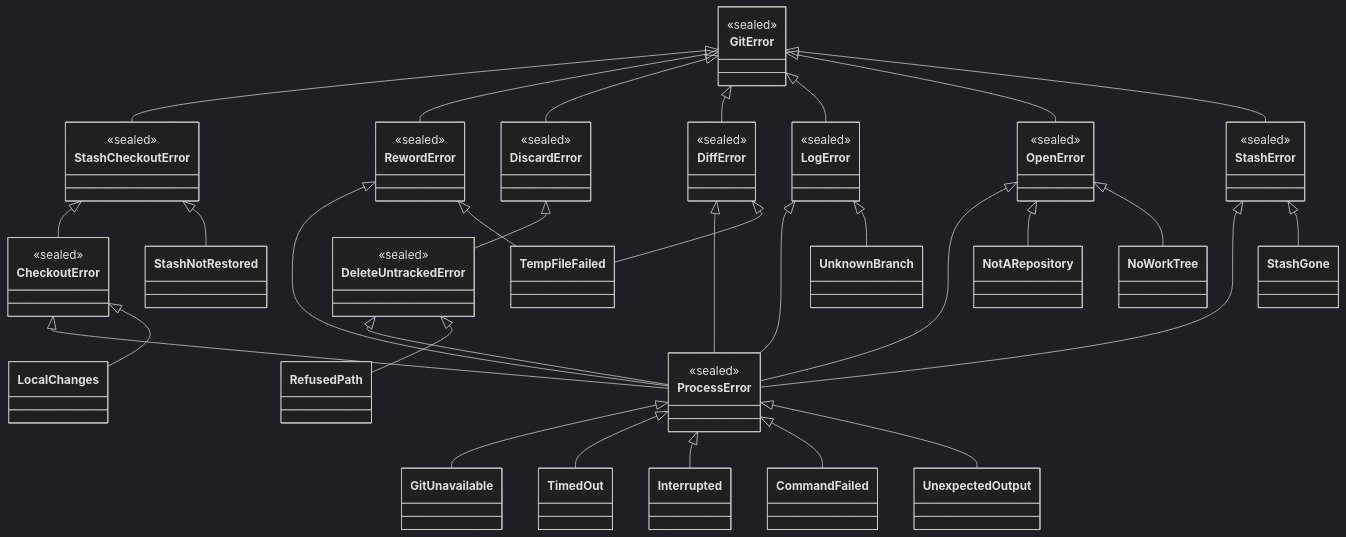
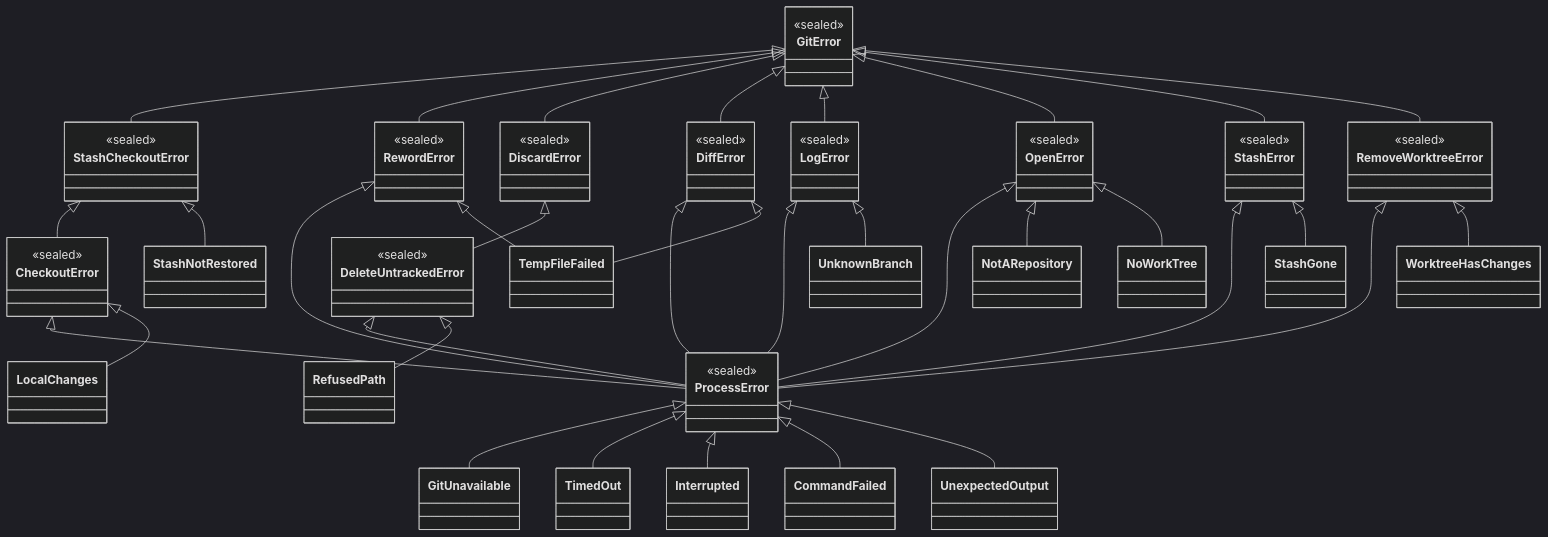
Before and after one commit to cvanfleteren/jazygit: the fifth of 7 diagrams in ARCHITECTURE.md, drawn with Mermaid (dark theme). The commit also changed other lines of this file and 43 other files, not shown here.

````diff
--- a/ARCHITECTURE.md
+++ b/ARCHITECTURE.md
@@ -479,69 +495,75 @@
 ```mermaid
 classDiagram
     direction BT
     class GitError {
         <<sealed>>
     }
     class ProcessError {
         <<sealed>>
     }
     class CheckoutError {
         <<sealed>>
     }
     class StashCheckoutError {
         <<sealed>>
     }
     class RewordError {
         <<sealed>>
     }
     class DiscardError {
         <<sealed>>
     }
     class DiffError {
         <<sealed>>
     }
     class LogError {
         <<sealed>>
     }
     class OpenError {
         <<sealed>>
     }
     class StashError {
         <<sealed>>
     }
     class DeleteUntrackedError {
         <<sealed>>
     }
+    class RemoveWorktreeError {
+        <<sealed>>
+    }
 
     StashCheckoutError --|> GitError
     CheckoutError --|> StashCheckoutError
     RewordError --|> GitError
     DiscardError --|> GitError
     DiffError --|> GitError
     LogError --|> GitError
     OpenError --|> GitError
     StashError --|> GitError
     DeleteUntrackedError --|> DiscardError
+    RemoveWorktreeError --|> GitError
     ProcessError --|> CheckoutError
     ProcessError --|> RewordError
     ProcessError --|> DeleteUntrackedError
     ProcessError --|> DiffError
     ProcessError --|> LogError
     ProcessError --|> OpenError
     ProcessError --|> StashError
+    ProcessError --|> RemoveWorktreeError
 
     GitUnavailable --|> ProcessError
     TimedOut --|> ProcessError
     Interrupted --|> ProcessError
     CommandFailed --|> ProcessError
     UnexpectedOutput --|> ProcessError
     LocalChanges --|> CheckoutError
+    WorktreeHasChanges --|> RemoveWorktreeError
     StashNotRestored --|> StashCheckoutError
     TempFileFailed --|> RewordError
     TempFileFailed --|> DiffError
     UnknownBranch --|> LogError
     RefusedPath --|> DeleteUntrackedError
     StashGone --|> StashError
     NotARepository --|> OpenError
     NoWorkTree --|> OpenError
 ```
````
